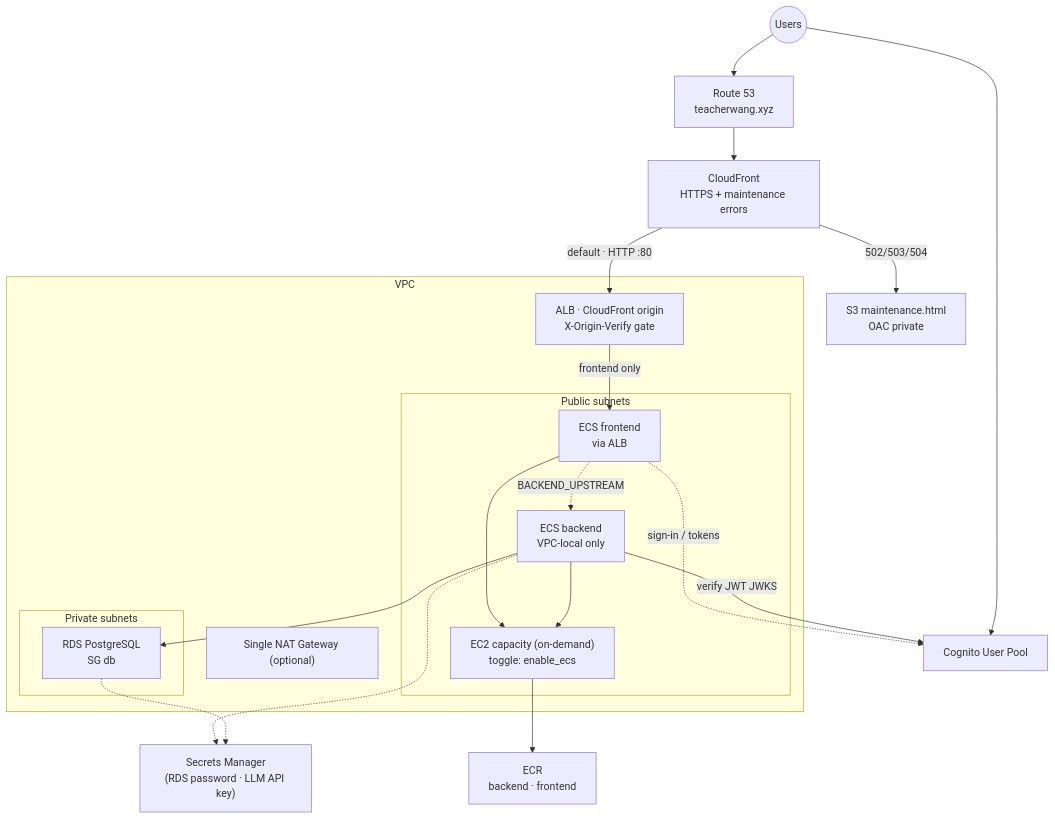
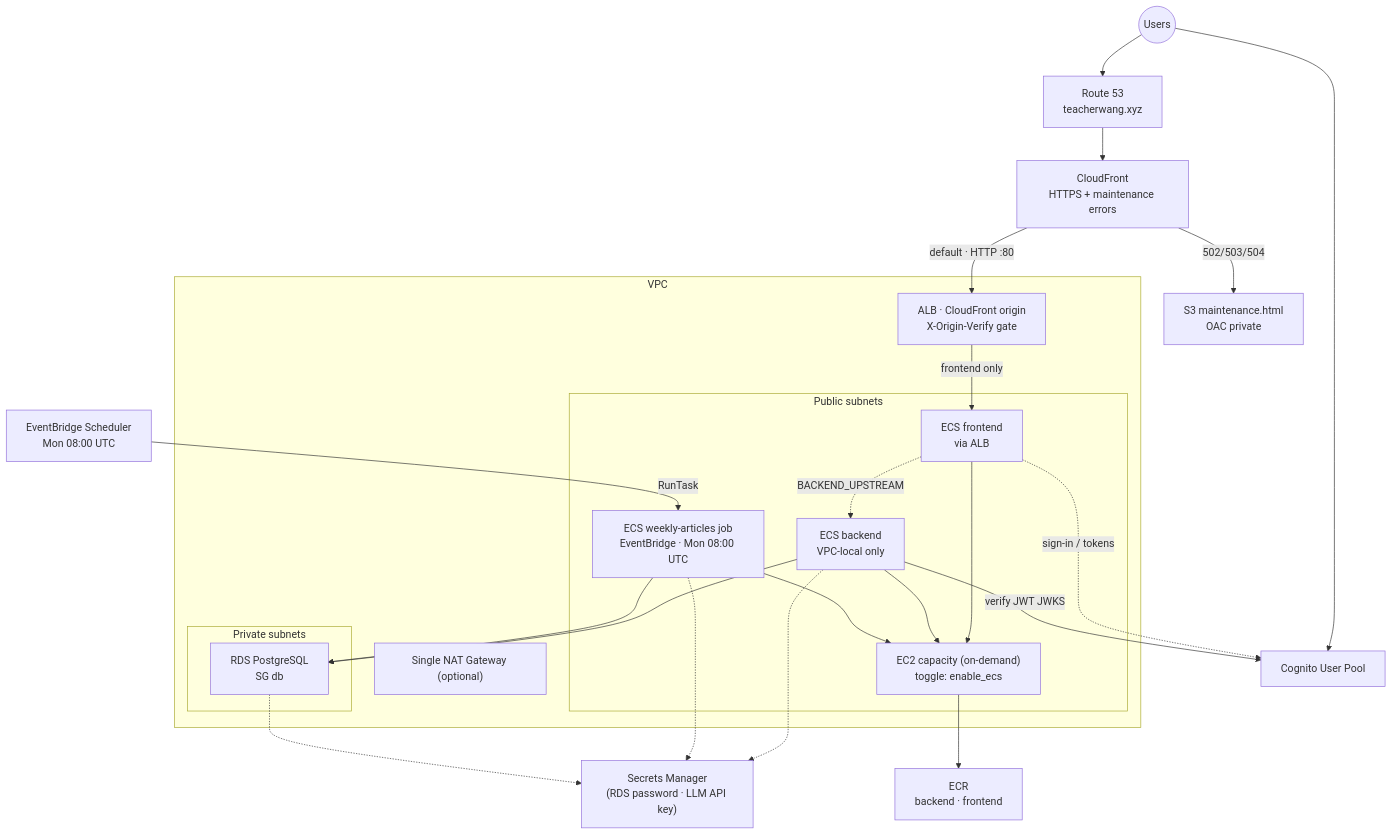
Before and after one commit to mazarsju/teacher-wang-infra: the ninth of 10 diagrams in docs/architecture.md, drawn with Mermaid. The commit also changed other lines of this file and 7 other files, not shown here.

Commit message:
Make 'generate_weekly_article' callable as a job from an EventBridge Scheduler

````diff
--- a/docs/architecture.md
+++ b/docs/architecture.md
@@ -304,45 +309,51 @@
 ```mermaid
 flowchart TB
   Users((Users))
 
   R53["Route 53<br/>teacherwang.xyz"]
   CF["CloudFront<br/>HTTPS + maintenance errors"]
   MaintS3["S3 maintenance.html<br/>OAC private"]
 
   Users --> R53
   R53 --> CF
   CF -->|default · HTTP :80| ALB
   CF -->|502/503/504| MaintS3
 
   subgraph VPC["VPC"]
     ALB["ALB · CloudFront origin<br/>X-Origin-Verify gate"]
 
     subgraph Public["Public subnets"]
       FE["ECS frontend<br/>via ALB"]
       BE["ECS backend<br/>VPC-local only"]
+      Job["ECS weekly-articles job<br/>EventBridge · Mon 08:00 UTC"]
       ECS["EC2 capacity (on-demand)<br/>toggle: enable_ecs"]
     end
 
     subgraph Private["Private subnets"]
       RDS["RDS PostgreSQL<br/>SG db"]
     end
 
     NAT["Single NAT Gateway (optional)"]
   end
 
   ECR["ECR<br/>backend · frontend"]
   Cognito["Cognito User Pool"]
   SM["Secrets Manager<br/>(RDS password · LLM API key)"]
+  Sched["EventBridge Scheduler<br/>Mon 08:00 UTC"]
 
   Users --> Cognito
   FE -.->|sign-in / tokens| Cognito
   ALB -->|frontend only| FE
   FE -.->|BACKEND_UPSTREAM| BE
   BE -->|verify JWT JWKS| Cognito
   BE --> RDS
+  Job --> RDS
+  Sched -->|RunTask| Job
   FE --> ECS
   BE --> ECS
+  Job --> ECS
   ECS --> ECR
   BE -.-> SM
+  Job -.-> SM
   RDS -.-> SM
 ```
````
